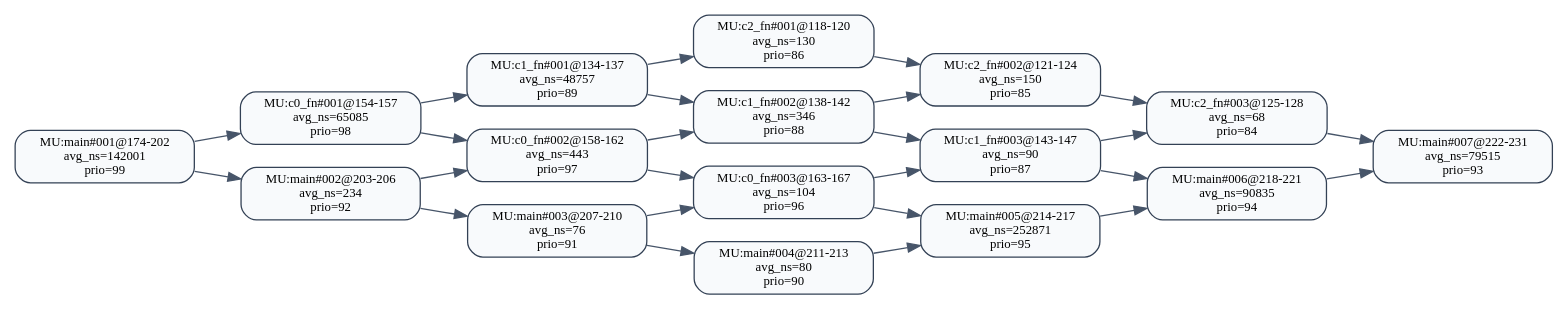
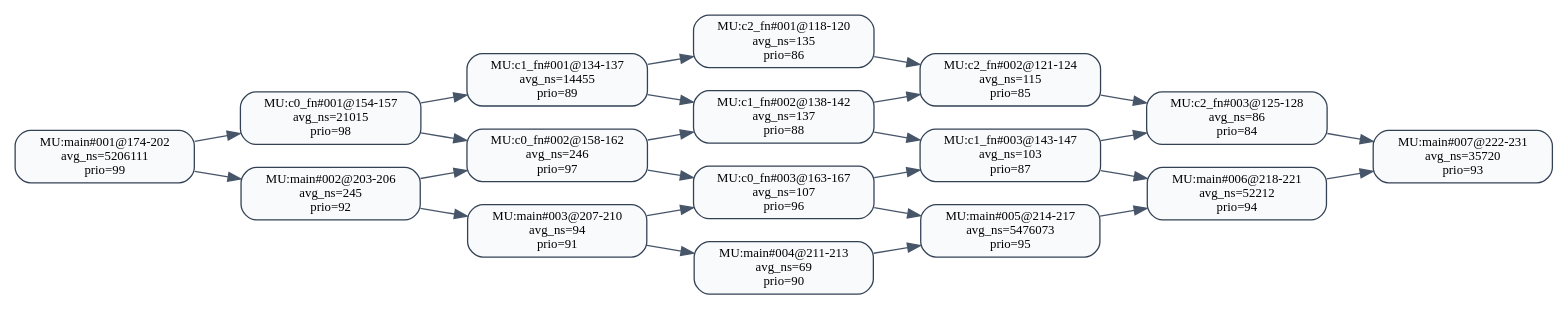
The diagram in 中间结果/zhang1/pipeline/validation/level2/effective_line_merge/zhao2020/dag_seg_annotated.dot (RTS-SYSU/DAG-Gen), drawn with Graphviz before and after one commit. The commit also changed 2419 other files, not shown here.

```diff
--- a/中间结果/zhang1/pipeline/validation/level2/effective_line_merge/zhao2020/dag_seg_annotated.dot
+++ b/中间结果/zhang1/pipeline/validation/level2/effective_line_merge/zhao2020/dag_seg_annotated.dot
@@ -1,45 +1,45 @@
 digraph dag_seg_annotated {
   rankdir=LR;
   node [shape=box, style="rounded,filled", fillcolor="#F8FAFC", color="#334155", fontsize=10];
   edge [color="#475569"];
-  "MU:c0_fn#001@154-157" [label="MU:c0_fn#001@154-157\navg_ns=65085\nprio=98"];
-  "MU:c0_fn#002@158-162" [label="MU:c0_fn#002@158-162\navg_ns=443\nprio=97"];
-  "MU:c0_fn#003@163-167" [label="MU:c0_fn#003@163-167\navg_ns=104\nprio=96"];
-  "MU:c1_fn#001@134-137" [label="MU:c1_fn#001@134-137\navg_ns=48757\nprio=89"];
-  "MU:c1_fn#002@138-142" [label="MU:c1_fn#002@138-142\navg_ns=346\nprio=88"];
-  "MU:c1_fn#003@143-147" [label="MU:c1_fn#003@143-147\navg_ns=90\nprio=87"];
-  "MU:c2_fn#001@118-120" [label="MU:c2_fn#001@118-120\navg_ns=130\nprio=86"];
-  "MU:c2_fn#002@121-124" [label="MU:c2_fn#002@121-124\navg_ns=150\nprio=85"];
-  "MU:c2_fn#003@125-128" [label="MU:c2_fn#003@125-128\navg_ns=68\nprio=84"];
-  "MU:main#001@174-202" [label="MU:main#001@174-202\navg_ns=142001\nprio=99"];
-  "MU:main#002@203-206" [label="MU:main#002@203-206\navg_ns=234\nprio=92"];
-  "MU:main#003@207-210" [label="MU:main#003@207-210\navg_ns=76\nprio=91"];
-  "MU:main#004@211-213" [label="MU:main#004@211-213\navg_ns=80\nprio=90"];
-  "MU:main#005@214-217" [label="MU:main#005@214-217\navg_ns=252871\nprio=95"];
-  "MU:main#006@218-221" [label="MU:main#006@218-221\navg_ns=90835\nprio=94"];
-  "MU:main#007@222-231" [label="MU:main#007@222-231\navg_ns=79515\nprio=93"];
+  "MU:c0_fn#001@154-157" [label="MU:c0_fn#001@154-157\navg_ns=21015\nprio=98"];
+  "MU:c0_fn#002@158-162" [label="MU:c0_fn#002@158-162\navg_ns=246\nprio=97"];
+  "MU:c0_fn#003@163-167" [label="MU:c0_fn#003@163-167\navg_ns=107\nprio=96"];
+  "MU:c1_fn#001@134-137" [label="MU:c1_fn#001@134-137\navg_ns=14455\nprio=89"];
+  "MU:c1_fn#002@138-142" [label="MU:c1_fn#002@138-142\navg_ns=137\nprio=88"];
+  "MU:c1_fn#003@143-147" [label="MU:c1_fn#003@143-147\navg_ns=103\nprio=87"];
+  "MU:c2_fn#001@118-120" [label="MU:c2_fn#001@118-120\navg_ns=135\nprio=86"];
+  "MU:c2_fn#002@121-124" [label="MU:c2_fn#002@121-124\navg_ns=115\nprio=85"];
+  "MU:c2_fn#003@125-128" [label="MU:c2_fn#003@125-128\navg_ns=86\nprio=84"];
+  "MU:main#001@174-202" [label="MU:main#001@174-202\navg_ns=5206111\nprio=99"];
+  "MU:main#002@203-206" [label="MU:main#002@203-206\navg_ns=245\nprio=92"];
+  "MU:main#003@207-210" [label="MU:main#003@207-210\navg_ns=94\nprio=91"];
+  "MU:main#004@211-213" [label="MU:main#004@211-213\navg_ns=69\nprio=90"];
+  "MU:main#005@214-217" [label="MU:main#005@214-217\navg_ns=5476073\nprio=95"];
+  "MU:main#006@218-221" [label="MU:main#006@218-221\navg_ns=52212\nprio=94"];
+  "MU:main#007@222-231" [label="MU:main#007@222-231\navg_ns=35720\nprio=93"];
   "MU:c2_fn#001@118-120" -> "MU:c2_fn#002@121-124";
   "MU:c2_fn#002@121-124" -> "MU:c2_fn#003@125-128";
   "MU:c1_fn#001@134-137" -> "MU:c1_fn#002@138-142";
   "MU:c1_fn#002@138-142" -> "MU:c1_fn#003@143-147";
   "MU:c0_fn#001@154-157" -> "MU:c0_fn#002@158-162";
   "MU:c0_fn#002@158-162" -> "MU:c0_fn#003@163-167";
   "MU:main#001@174-202" -> "MU:main#002@203-206";
   "MU:main#002@203-206" -> "MU:main#003@207-210";
   "MU:main#003@207-210" -> "MU:main#004@211-213";
   "MU:main#004@211-213" -> "MU:main#005@214-217";
   "MU:main#005@214-217" -> "MU:main#006@218-221";
   "MU:main#006@218-221" -> "MU:main#007@222-231";
   "MU:c0_fn#001@154-157" -> "MU:c1_fn#001@134-137";
   "MU:c1_fn#001@134-137" -> "MU:c2_fn#001@118-120";
   "MU:main#001@174-202" -> "MU:c0_fn#001@154-157";
   "MU:c0_fn#003@163-167" -> "MU:main#005@214-217";
   "MU:c1_fn#003@143-147" -> "MU:main#006@218-221";
   "MU:c2_fn#003@125-128" -> "MU:main#007@222-231";
   "MU:c1_fn#002@138-142" -> "MU:c2_fn#002@121-124";
   "MU:c1_fn#003@143-147" -> "MU:c2_fn#003@125-128";
   "MU:c0_fn#002@158-162" -> "MU:c1_fn#002@138-142";
   "MU:c0_fn#003@163-167" -> "MU:c1_fn#003@143-147";
   "MU:main#002@203-206" -> "MU:c0_fn#002@158-162";
   "MU:main#003@207-210" -> "MU:c0_fn#003@163-167";
 }
```
